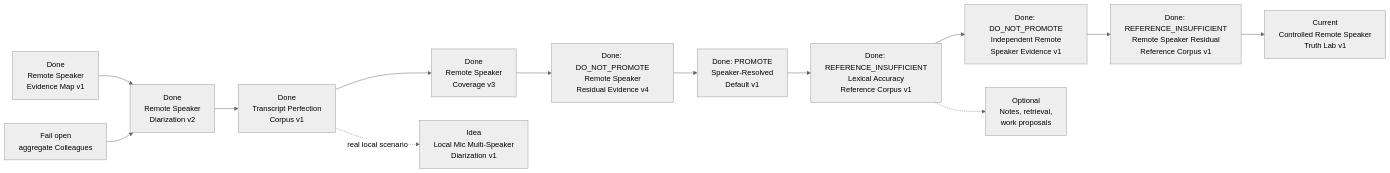
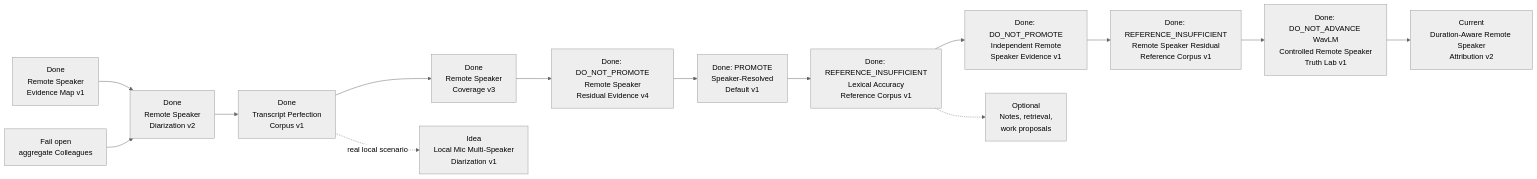
Before and after one commit to asukhodko/murmurmark: the second of 2 diagrams in docs/roadmap/murmurmark-cli-roadmap.md, drawn with Mermaid (neutral theme). The commit also changed other lines of this file and 24 other files, not shown here.

Commit message:
feat: add controlled remote speaker truth lab

````diff
--- a/docs/roadmap/murmurmark-cli-roadmap.md
+++ b/docs/roadmap/murmurmark-cli-roadmap.md
@@ -84,21 +85,22 @@
 ```mermaid
 flowchart LR
     B["Done<br/>Remote Speaker<br/>Evidence Map v1"]
     D["Done<br/>Remote Speaker<br/>Diarization v2"]
     F["Fail open<br/>aggregate Colleagues"]
     P["Done<br/>Transcript Perfection<br/>Corpus v1"]
     R["Done<br/>Remote Speaker<br/>Coverage v3"]
     V["Done: DO_NOT_PROMOTE<br/>Remote Speaker<br/>Residual Evidence v4"]
     H["Done: PROMOTE<br/>Speaker-Resolved<br/>Default v1"]
     L["Done: REFERENCE_INSUFFICIENT<br/>Lexical Accuracy<br/>Reference Corpus v1"]
     I["Done: DO_NOT_PROMOTE<br/>Independent Remote<br/>Speaker Evidence v1"]
     C["Done: REFERENCE_INSUFFICIENT<br/>Remote Speaker Residual<br/>Reference Corpus v1"]
-    Q["Current<br/>Controlled Remote Speaker<br/>Truth Lab v1"]
+    Q["Done: DO_NOT_ADVANCE WavLM<br/>Controlled Remote Speaker<br/>Truth Lab v1"]
+    A["Current<br/>Duration-Aware Remote Speaker<br/>Attribution v2"]
     M["Idea<br/>Local Mic Multi-Speaker<br/>Diarization v1"]
     O["Optional<br/>Notes, retrieval,<br/>work proposals"]
 
-    B --> D --> P --> R --> V --> H --> L --> I --> C --> Q
+    B --> D --> P --> R --> V --> H --> L --> I --> C --> Q --> A
     F --> D
     P -. "real local scenario" .-> M
     L -.-> O
 ```
````
